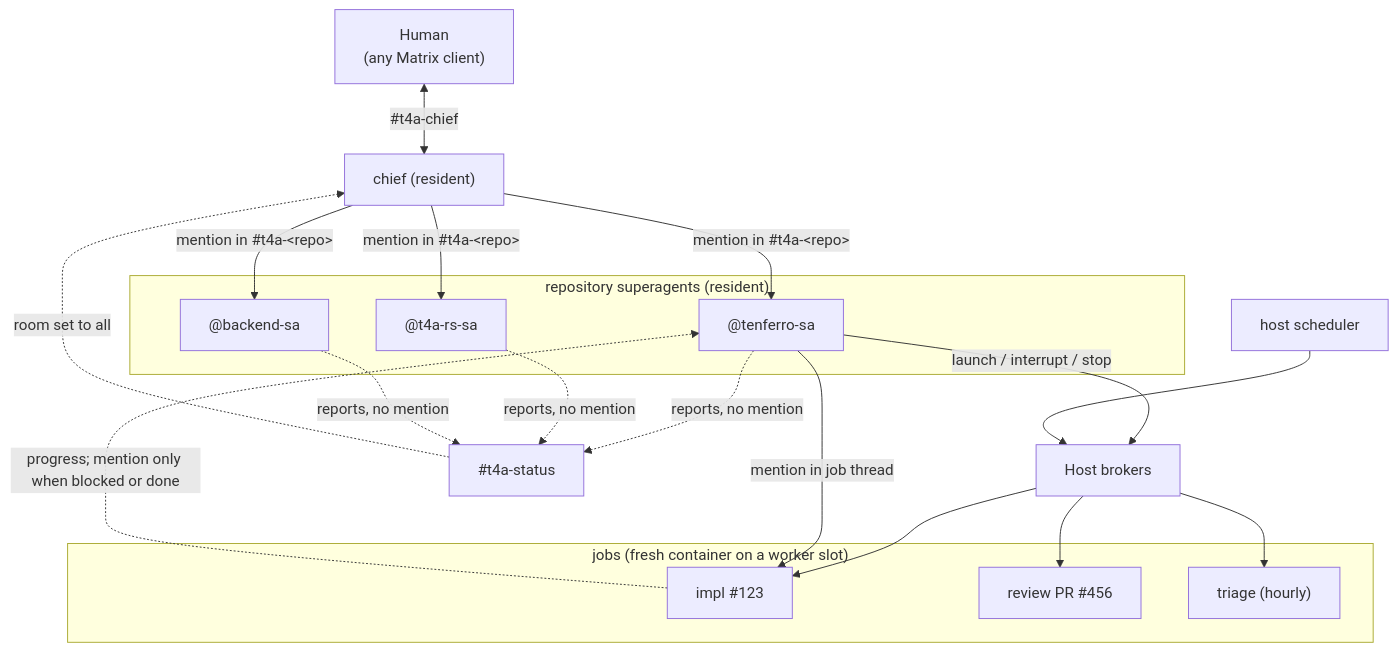
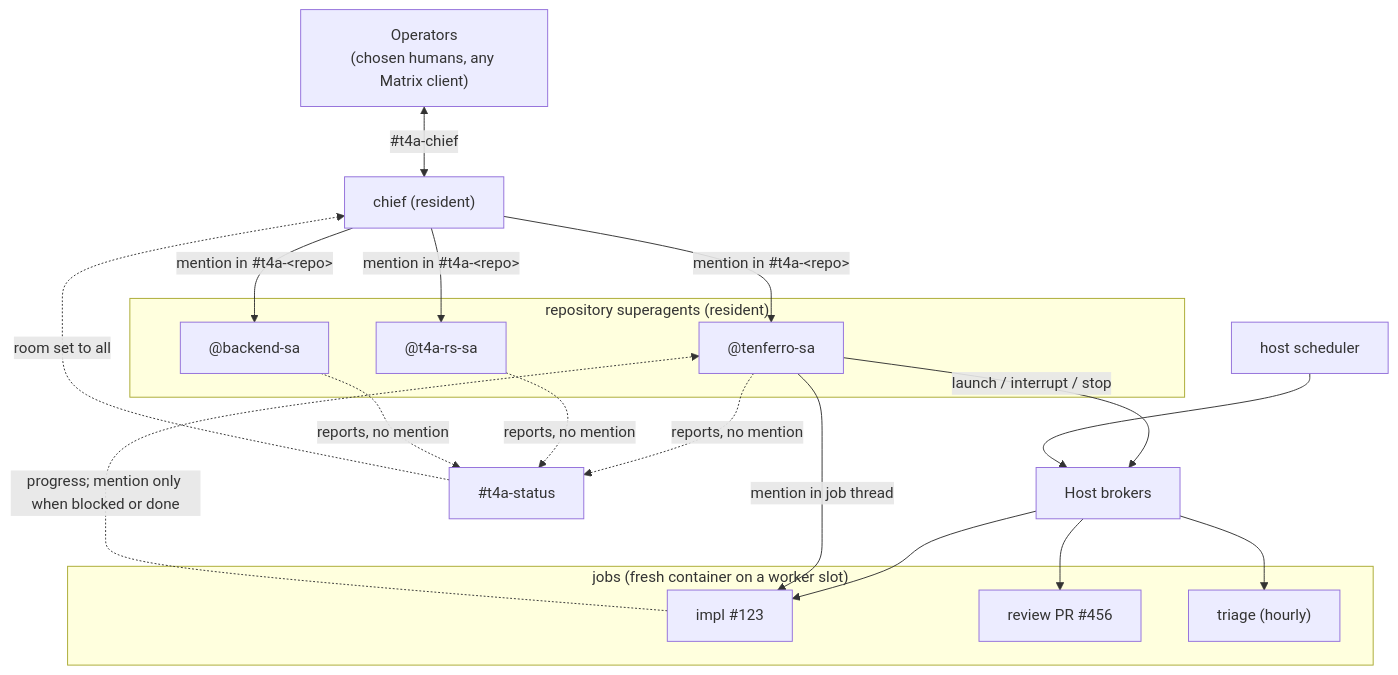
One commit to tensor4all/tensor4all-meta changed the first of 2 diagrams in docs/design/agent-swarm.md. Above: the diagram before and after it, drawn with Mermaid. The commit also changed other lines of this file, not shown here.

Commit message:
design(agent-swarm): operators speak only in #t4a-chief; thread-and-tag rules (#158)

````diff
--- a/docs/design/agent-swarm.md
+++ b/docs/design/agent-swarm.md
@@ -86,25 +87,25 @@
 ```mermaid
 flowchart TB
-  H["Human<br/>(any Matrix client)"]
+  H["Operators<br/>(chosen humans, any Matrix client)"]
   C["chief (resident)"]
   subgraph R["repository superagents (resident)"]
     S1["@tenferro-sa"]
     S2["@t4a-rs-sa"]
     S3["@backend-sa"]
   end
   LB["Host brokers"]
   subgraph J["jobs (fresh container on a worker slot)"]
     W1["impl #123"]
     W2["review PR #456"]
     W3["triage (hourly)"]
   end
   H <-- "#t4a-chief" --> C
   C -- "mention in #t4a-&lt;repo&gt;" --> S1 & S2 & S3
   S1 & S2 & S3 -. "reports, no mention" .-> ST["#t4a-status"]
   ST -. "room set to all" .-> C
   S1 -- "launch / interrupt / stop" --> LB
   LB --> W1 & W2
   S1 -- "mention in job thread" --> W1
   W1 -. "progress; mention only when blocked or done" .-> S1
   CRON["host scheduler"] --> LB --> W3
 ```
````
